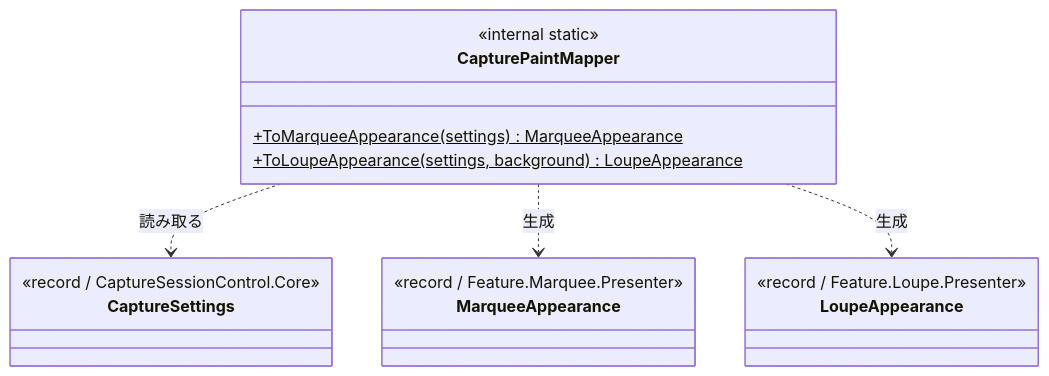
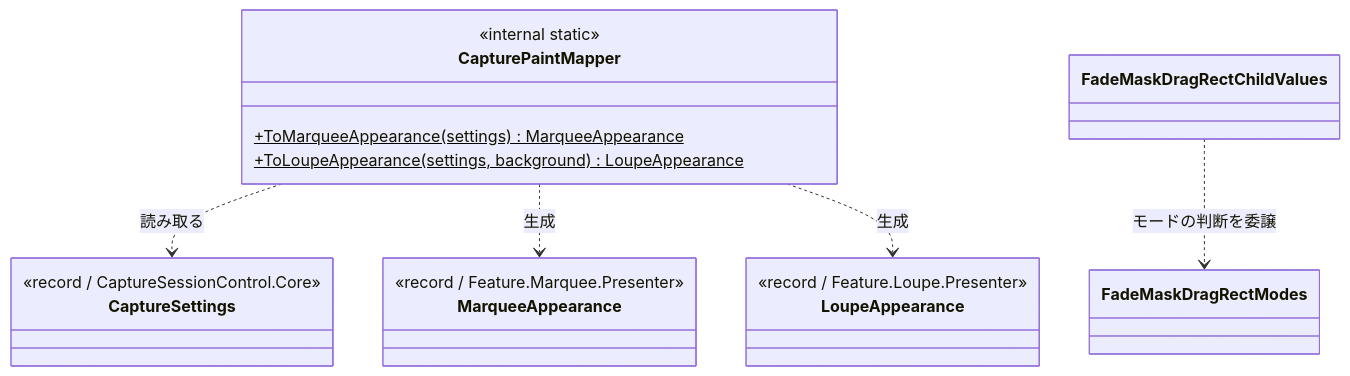
The second of 3 diagrams in src/CaptureSessionControl.UIBase/SPEC_System.md (tomokuni/SaveEvidence), drawn with Mermaid before and after one commit. The commit also changed other lines of this file and 3 other files, not shown here.

````diff
--- a/src/CaptureSessionControl.UIBase/SPEC_System.md
+++ b/src/CaptureSessionControl.UIBase/SPEC_System.md
@@ -54,21 +61,22 @@
 ```mermaid
 classDiagram
   class CapturePaintMapper {
     <<internal static>>
     +ToMarqueeAppearance(settings)$ MarqueeAppearance
     +ToLoupeAppearance(settings, background)$ LoupeAppearance
   }
   class CaptureSettings {
     <<record / CaptureSessionControl.Core>>
   }
   class MarqueeAppearance {
     <<record / Feature.Marquee.Presenter>>
   }
   class LoupeAppearance {
     <<record / Feature.Loupe.Presenter>>
   }
 
   CapturePaintMapper ..> CaptureSettings : 読み取る
   CapturePaintMapper ..> MarqueeAppearance : 生成
   CapturePaintMapper ..> LoupeAppearance : 生成
+  FadeMaskDragRectChildValues ..> FadeMaskDragRectModes : モードの判断を委譲
 ```
````
